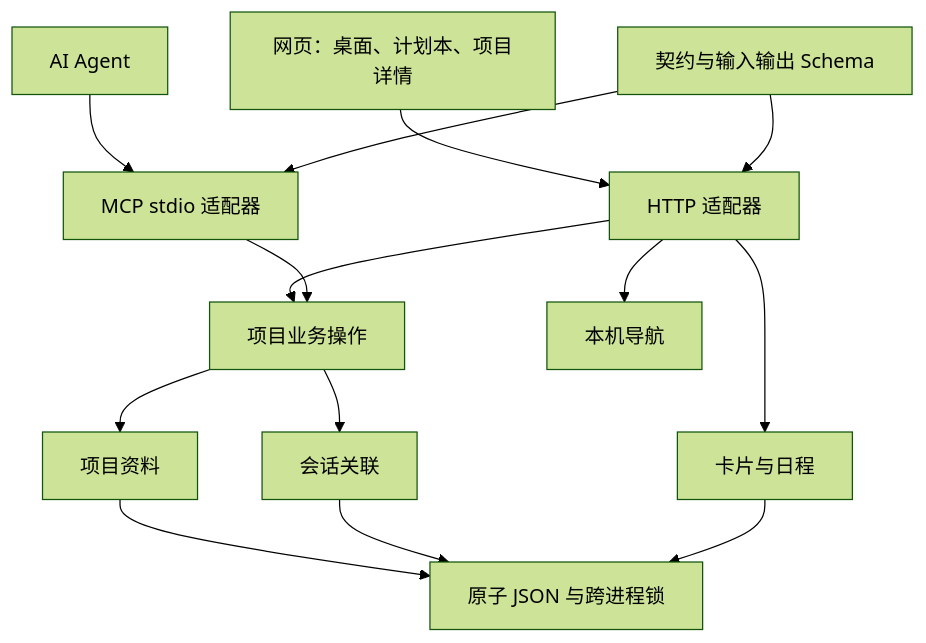
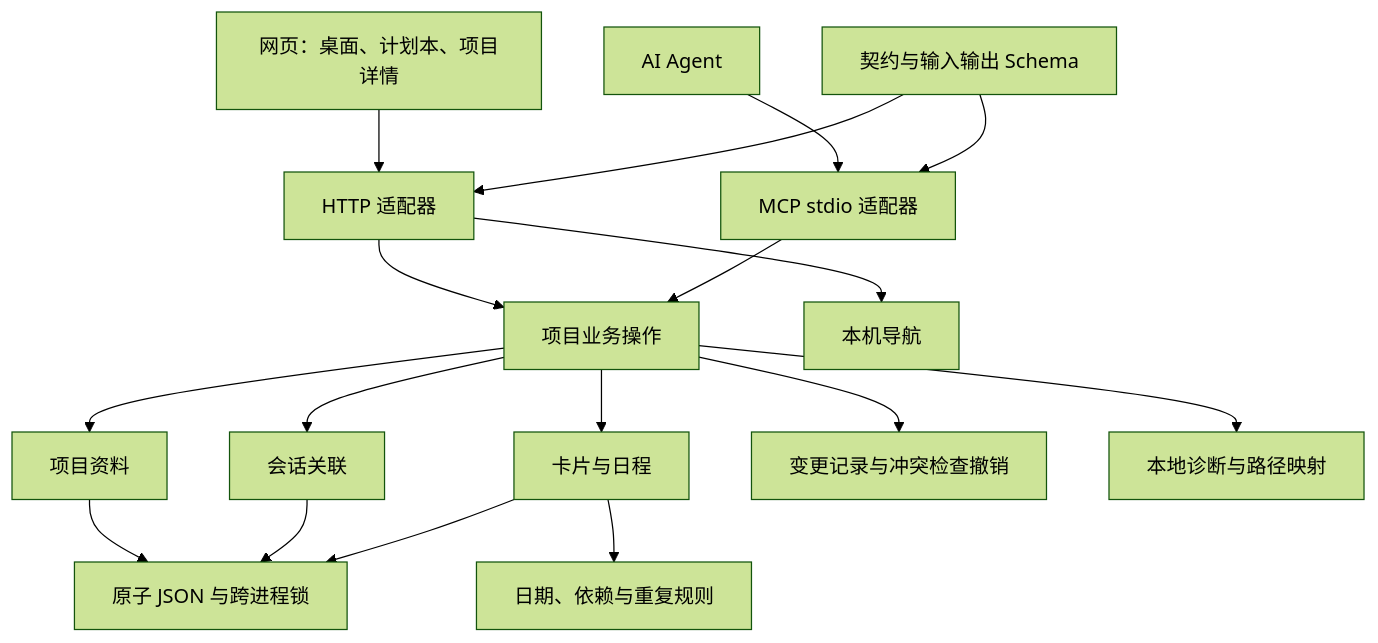
The diagram in AI4S_ARCHITECTURE.md (YeeLuii/Bioinformatics-calendar), drawn with Mermaid (forest theme) before and after one commit. The commit also changed other lines of this file and 44 other files, not shown here.

Commit message:
Upgrade AI4S with research tasks, Gantt planning, history and workspace diagnostics

````diff
--- a/AI4S_ARCHITECTURE.md
+++ b/AI4S_ARCHITECTURE.md
@@ -7,16 +7,19 @@
 ```mermaid
 flowchart TD
   Web[网页：桌面、计划本、项目详情] --> HTTP[HTTP 适配器]
   Agent[AI Agent] --> MCP[MCP stdio 适配器]
   HTTP --> Services[项目业务操作]
   MCP --> Services
   Contract[契约与输入输出 Schema] --> HTTP
   Contract --> MCP
   Services --> Repository[项目资料]
   Services --> Links[会话关联]
-  HTTP --> Board[卡片与日程]
+  Services --> Board[卡片与日程]
+  Board --> Tasks[日期、依赖与重复规则]
+  Services --> History[变更记录与冲突检查撤销]
+  Services --> Diagnostics[本地诊断与路径映射]
   Repository --> Storage[原子 JSON 与跨进程锁]
   Links --> Storage
   Board --> Storage
   HTTP --> Navigation[本机导航]
 ```
````
